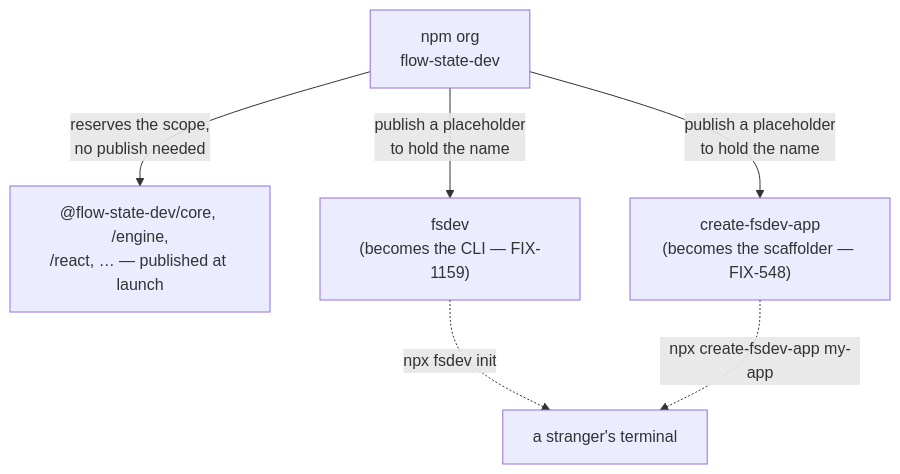
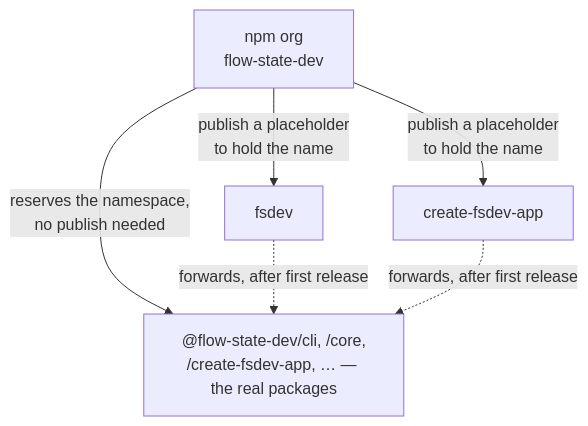
Before and after one commit to fixpoint-labs/flow-state-dev: the diagram in spec/FIX-1162.md, drawn with Mermaid. The commit also changed other lines of this file, not shown here.

````diff
--- a/spec/FIX-1162.md
+++ b/spec/FIX-1162.md
@@ -158,9 +162,9 @@
 ```mermaid
 flowchart TD
   ORG["npm org<br/>flow-state-dev"]
-  ORG -->|"reserves the scope,<br/>no publish needed"| SCOPED["@flow-state-dev/core, /engine,<br/>/react, … — published at launch"]
-  ORG -->|"publish a placeholder<br/>to hold the name"| FSDEV["fsdev<br/>(becomes the CLI — FIX-1159)"]
-  ORG -->|"publish a placeholder<br/>to hold the name"| CREATE["create-fsdev-app<br/>(becomes the scaffolder — FIX-548)"]
-  FSDEV -.->|"npx fsdev init"| U["a stranger's terminal"]
-  CREATE -.->|"npx create-fsdev-app my-app"| U
+  ORG -->|"reserves the namespace,<br/>no publish needed"| SCOPED["@flow-state-dev/cli, /core,<br/>/create-fsdev-app, … — the real packages"]
+  ORG -->|"publish a placeholder<br/>to hold the name"| FSDEV["fsdev"]
+  ORG -->|"publish a placeholder<br/>to hold the name"| CREATE["create-fsdev-app"]
+  FSDEV -.->|"forwards, after first release"| SCOPED
+  CREATE -.->|"forwards, after first release"| SCOPED
 ```
````
